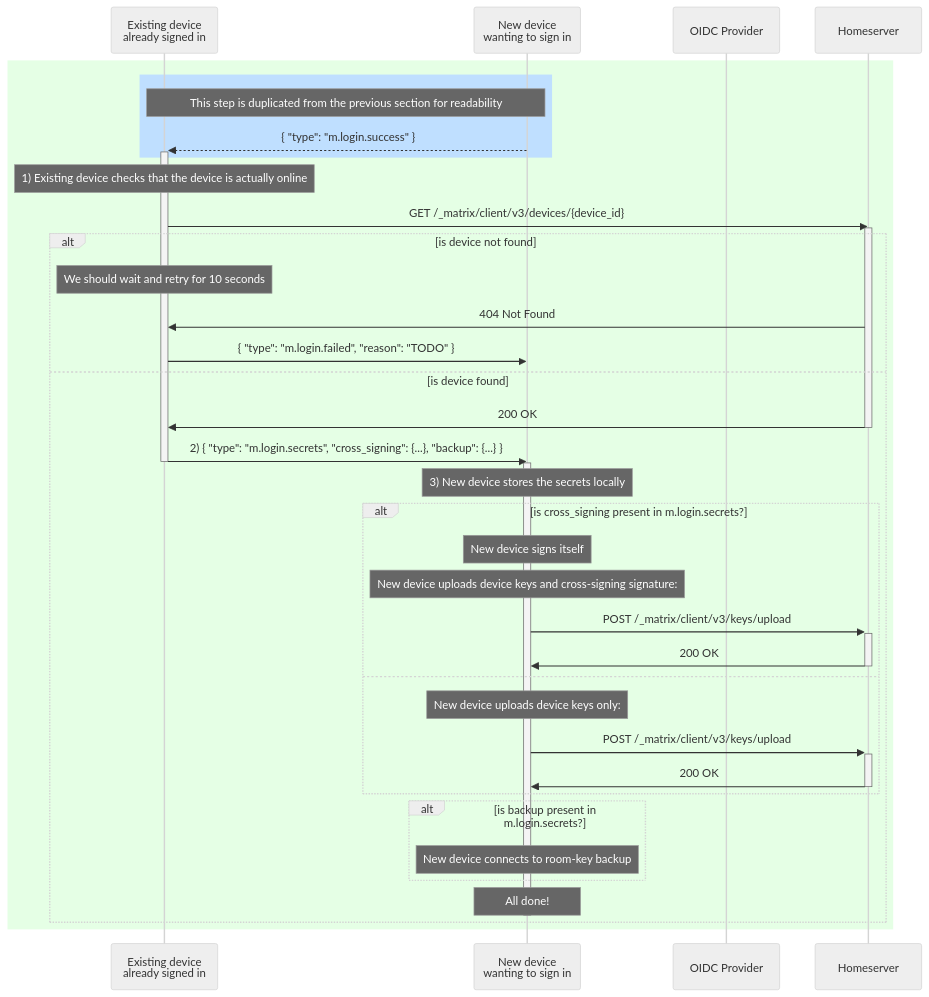
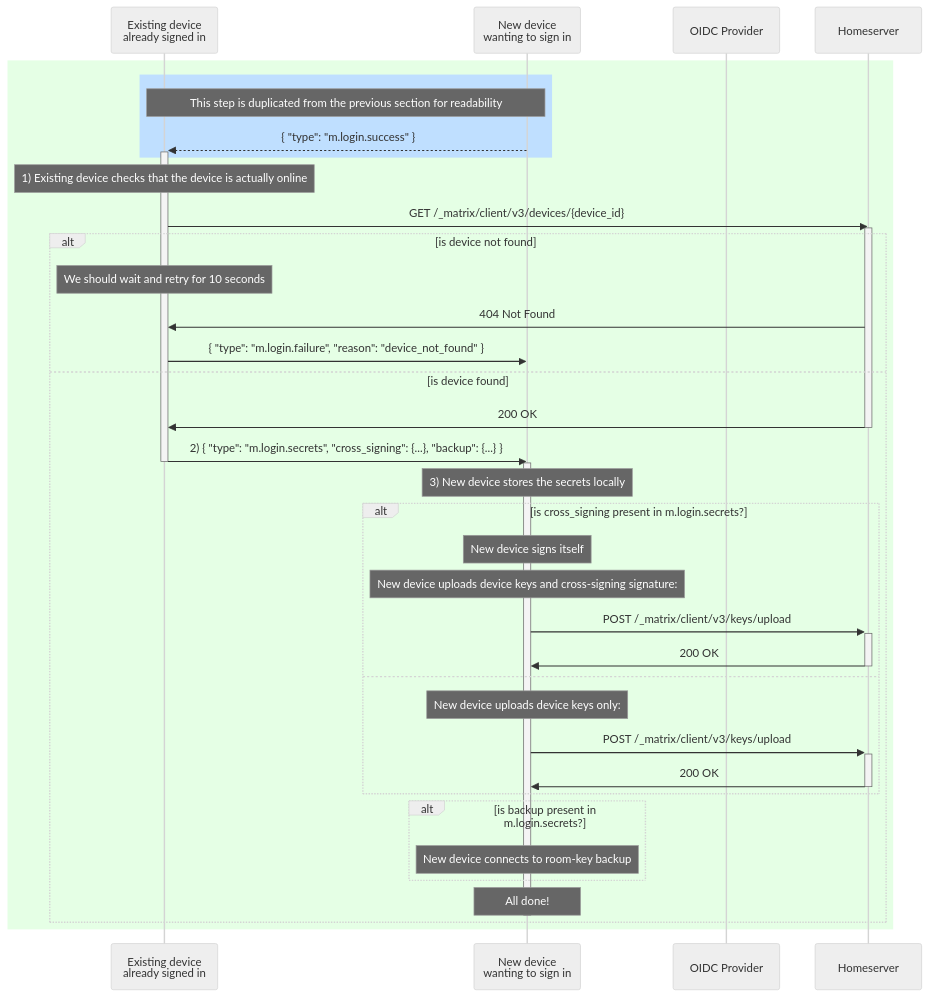
One commit to matrix-org/matrix-spec-proposals changed the sixth of 6 diagrams in proposals/4108-oidc-qr-login.md. Above: the diagram before and after it, drawn with Mermaid (neutral theme). The commit also changed other lines of this file, not shown here.

````diff
--- a/proposals/4108-oidc-qr-login.md
+++ b/proposals/4108-oidc-qr-login.md
@@ -1122,51 +1118,51 @@
 ```mermaid
 sequenceDiagram
     participant E as Existing device <br>already signed in
     participant N as New device <br>wanting to sign in
     participant OP as OIDC Provider
     participant HS as Homeserver
 
     rect rgba(0,255,0, 0.1)
             rect rgb(191, 223, 255)
 note over N,E: This step is duplicated from the previous section for readability
               N-->>+E: { "type": "m.login.success" }
             end
 
             Note over E: 1) Existing device checks that the device is actually online
             E->>HS: GET /_matrix/client/v3/devices/{device_id}
 activate HS
 
             alt is device not found
               note over E: We should wait and retry for 10 seconds
               HS->>E: 404 Not Found
-              E->>N: { "type": "m.login.failed", "reason": "TODO" }
+              E->>N: { "type": "m.login.failure", "reason": "device_not_found" }
             else is device found
               HS->>E: 200 OK
 deactivate HS
 
               E->>-N: 2) { "type": "m.login.secrets", "cross_signing": {...}, "backup": {...} }
 
               activate N
               note over N: 3) New device stores the secrets locally
               
 alt is cross_signing present in m.login.secrets?
 note over N: New device signs itself
               note over N: New device uploads device keys and cross-signing signature:
               N->>+HS: POST /_matrix/client/v3/keys/upload
               HS->>-N: 200 OK
 
 else
               note over N: New device uploads device keys only:
               N->>+HS: POST /_matrix/client/v3/keys/upload
               HS->>-N: 200 OK
 end
 
 alt is backup present in m.login.secrets?
               note over N: New device connects to room-key backup
 end
 
 note over N: All done!
               deactivate N
             end
     end
 ```
````
